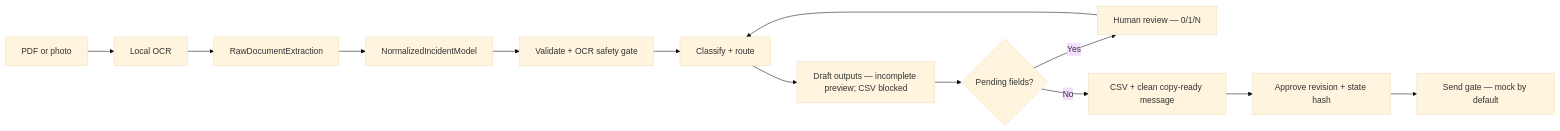
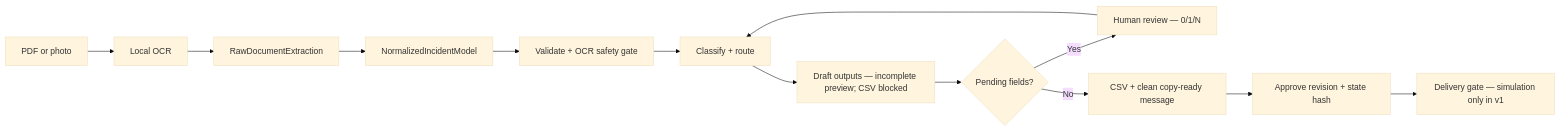
One commit to JoaoMiltzarek/security-shift-intake changed the diagram in README.md. Above: the diagram before and after it, drawn with Mermaid (base theme). The commit also changed other lines of this file and 3 other files, not shown here.

````diff
--- a/README.md
+++ b/README.md
@@ -37,15 +37,15 @@
 ```mermaid
 flowchart LR
     A["PDF or photo"] --> B["Local OCR"]
     B --> C["RawDocumentExtraction"]
     C --> D["NormalizedIncidentModel"]
     D --> E["Validate + OCR safety gate"]
     E --> F["Classify + route"]
     F --> G["Draft outputs — incomplete preview; CSV blocked"]
     G --> H{"Pending fields?"}
     H -- "Yes" --> I["Human review — 0/1/N"]
     I --> F
     H -- "No" --> K["CSV + clean copy-ready message"]
     K --> J["Approve revision + state hash"]
-    J --> L["Send gate — mock by default"]
+    J --> L["Delivery gate — simulation only in v1"]
 ```
````
